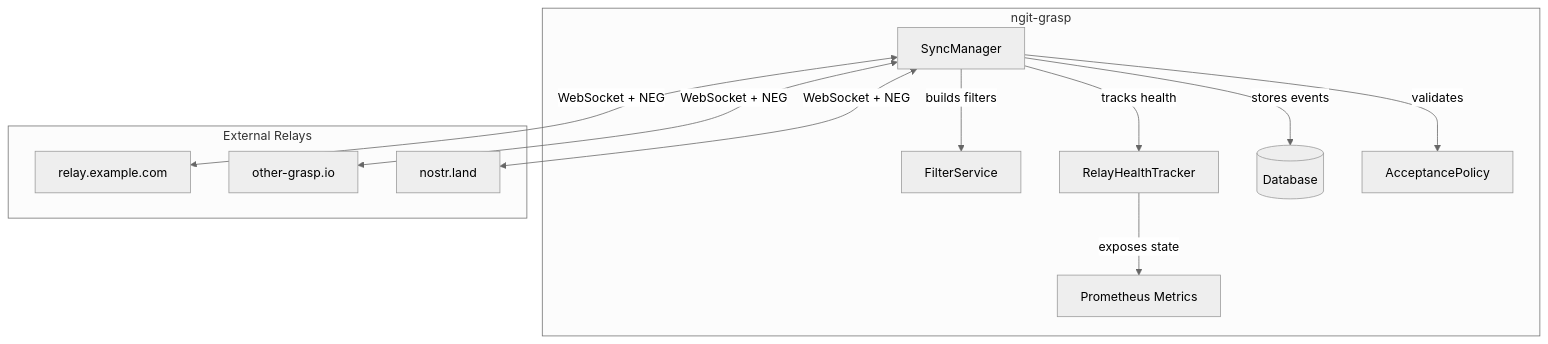
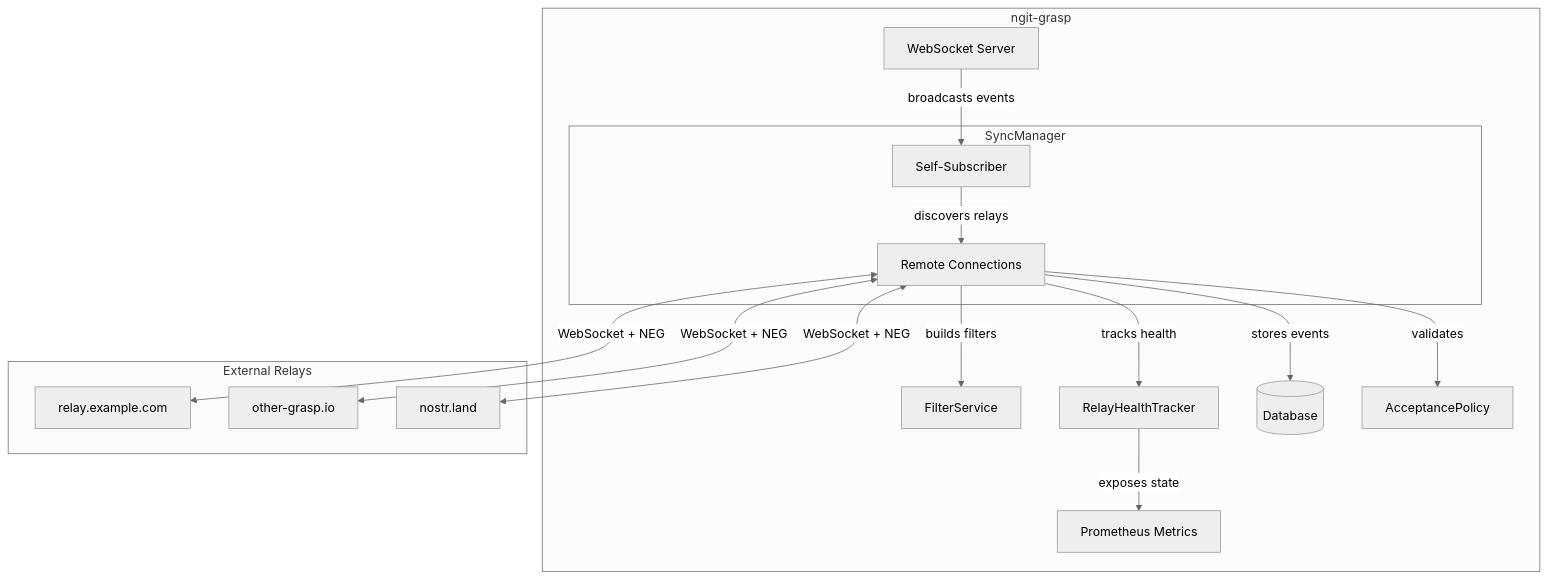
Before and after one commit to Pleb5/ngit-grasp: the first of 6 diagrams in docs/explanation/grasp-02-proactive-sync.md, drawn with Mermaid (neutral theme). The commit also changed other lines of this file and 1 other file, not shown here.

Commit message:
proposed sync change to use self subscribe to trigger everything

````diff
--- a/docs/explanation/grasp-02-proactive-sync.md
+++ b/docs/explanation/grasp-02-proactive-sync.md
@@ -18,28 +18,34 @@
 ```mermaid
 flowchart TB
     subgraph ngit-grasp
-        SM[SyncManager]
+        subgraph SyncManager
+            SS[Self-Subscriber]
+            RC[Remote Connections]
+        end
+        WS[WebSocket Server]
         FS[FilterService]
         RH[RelayHealthTracker]
         DB[(Database)]
         AP[AcceptancePolicy]
         MET[Prometheus Metrics]
     end
 
     subgraph External Relays
         R1[relay.example.com]
         R2[other-grasp.io]
         R3[nostr.land]
     end
 
-    SM -->|builds filters| FS
-    SM -->|tracks health| RH
-    SM -->|stores events| DB
-    SM -->|validates| AP
+    WS -->|broadcasts events| SS
+    SS -->|discovers relays| RC
+    RC -->|builds filters| FS
+    RC -->|tracks health| RH
+    RC -->|stores events| DB
+    RC -->|validates| AP
 
-    SM <-->|WebSocket + NEG| R1
-    SM <-->|WebSocket + NEG| R2
-    SM <-->|WebSocket + NEG| R3
+    RC <-->|WebSocket + NEG| R1
+    RC <-->|WebSocket + NEG| R2
+    RC <-->|WebSocket + NEG| R3
 
     RH -->|exposes state| MET
 ```
````
